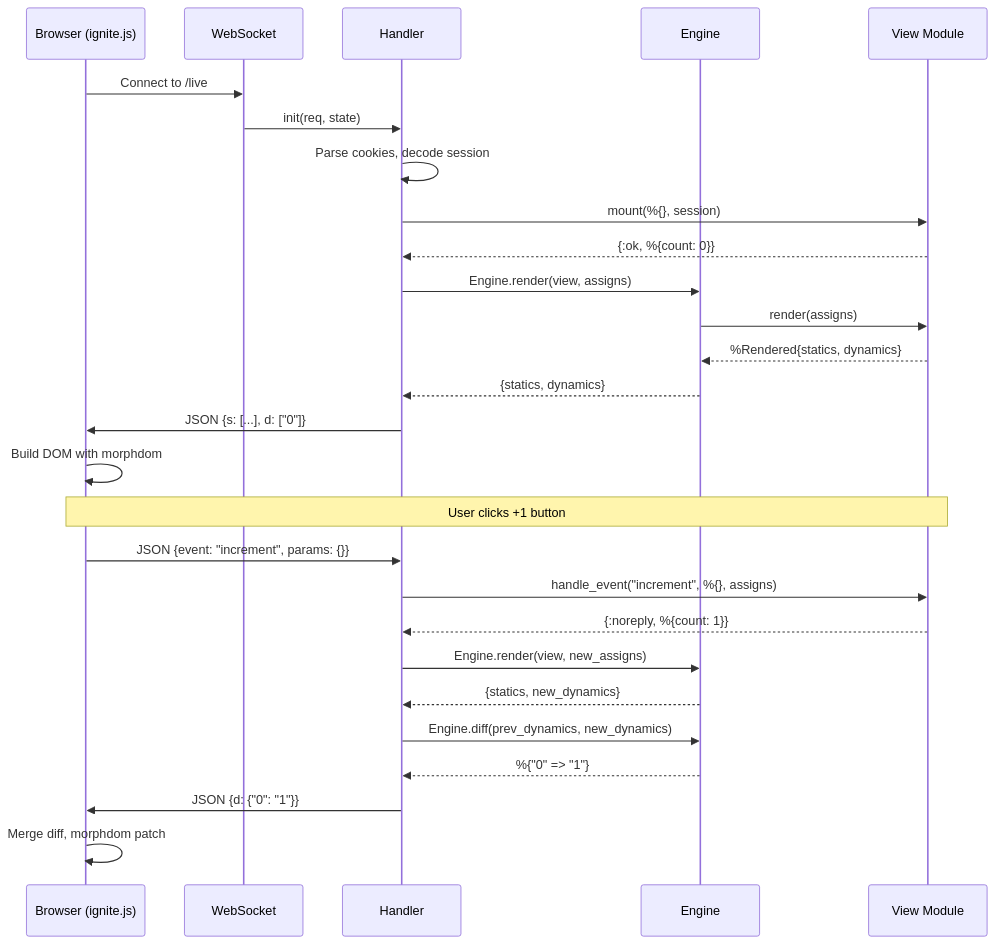
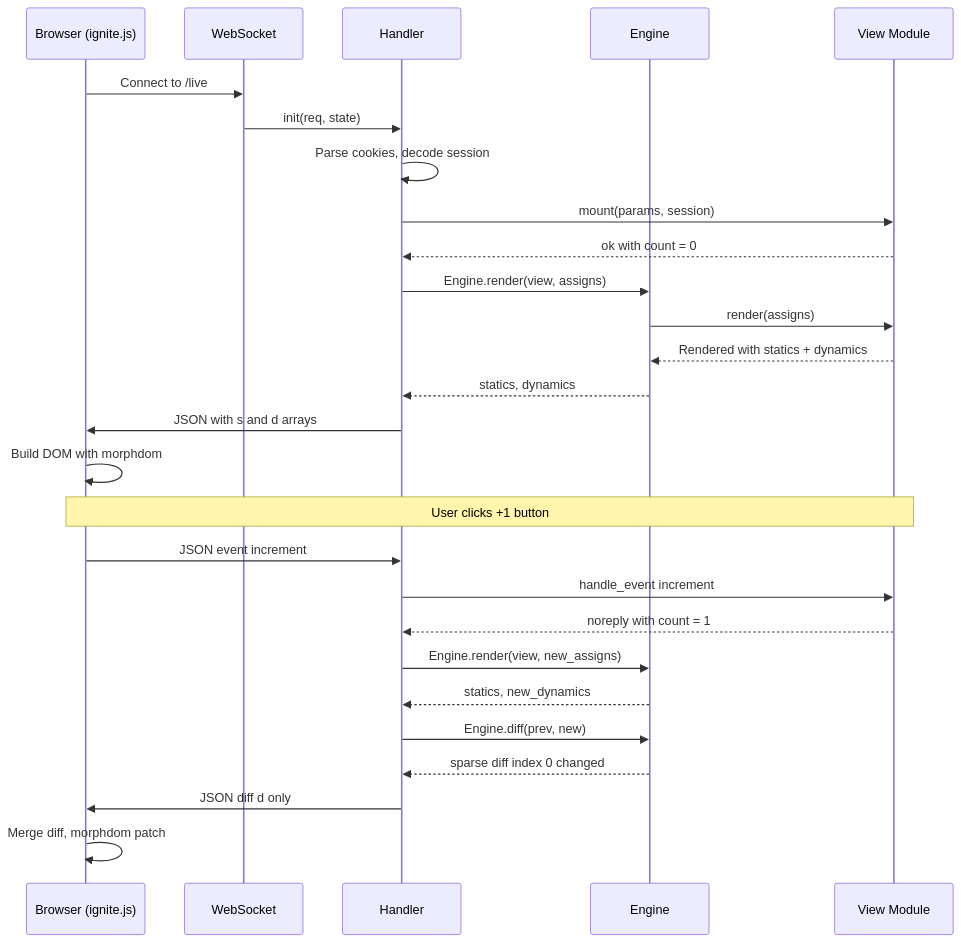
One commit to rajeshpillai/elixir-byowf changed the diagram in course/flows/liveview-mount-and-event.md. Above: the diagram before and after it, drawn with Mermaid. The commit also changed 16 other files, not shown here.

First line of the commit message:
Fix Mermaid v11 syntax errors in course diagrams

````diff
--- a/course/flows/liveview-mount-and-event.md
+++ b/course/flows/liveview-mount-and-event.md
@@ -120,32 +120,32 @@
 ```mermaid
 sequenceDiagram
     participant B as Browser (ignite.js)
     participant WS as WebSocket
     participant H as Handler
     participant E as Engine
     participant V as View Module
 
     B->>WS: Connect to /live
     WS->>H: init(req, state)
     H->>H: Parse cookies, decode session
-    H->>V: mount(%{}, session)
-    V-->>H: {:ok, %{count: 0}}
+    H->>V: mount(params, session)
+    V-->>H: ok with count = 0
     H->>E: Engine.render(view, assigns)
     E->>V: render(assigns)
-    V-->>E: %Rendered{statics, dynamics}
-    E-->>H: {statics, dynamics}
-    H->>B: JSON {s: [...], d: ["0"]}
+    V-->>E: Rendered with statics + dynamics
+    E-->>H: statics, dynamics
+    H->>B: JSON with s and d arrays
     B->>B: Build DOM with morphdom
 
     Note over B,V: User clicks +1 button
 
-    B->>H: JSON {event: "increment", params: {}}
-    H->>V: handle_event("increment", %{}, assigns)
-    V-->>H: {:noreply, %{count: 1}}
+    B->>H: JSON event increment
+    H->>V: handle_event increment
+    V-->>H: noreply with count = 1
     H->>E: Engine.render(view, new_assigns)
-    E-->>H: {statics, new_dynamics}
-    H->>E: Engine.diff(prev_dynamics, new_dynamics)
-    E-->>H: %{"0" => "1"}
-    H->>B: JSON {d: {"0": "1"}}
+    E-->>H: statics, new_dynamics
+    H->>E: Engine.diff(prev, new)
+    E-->>H: sparse diff index 0 changed
+    H->>B: JSON diff d only
     B->>B: Merge diff, morphdom patch
 ```
````
